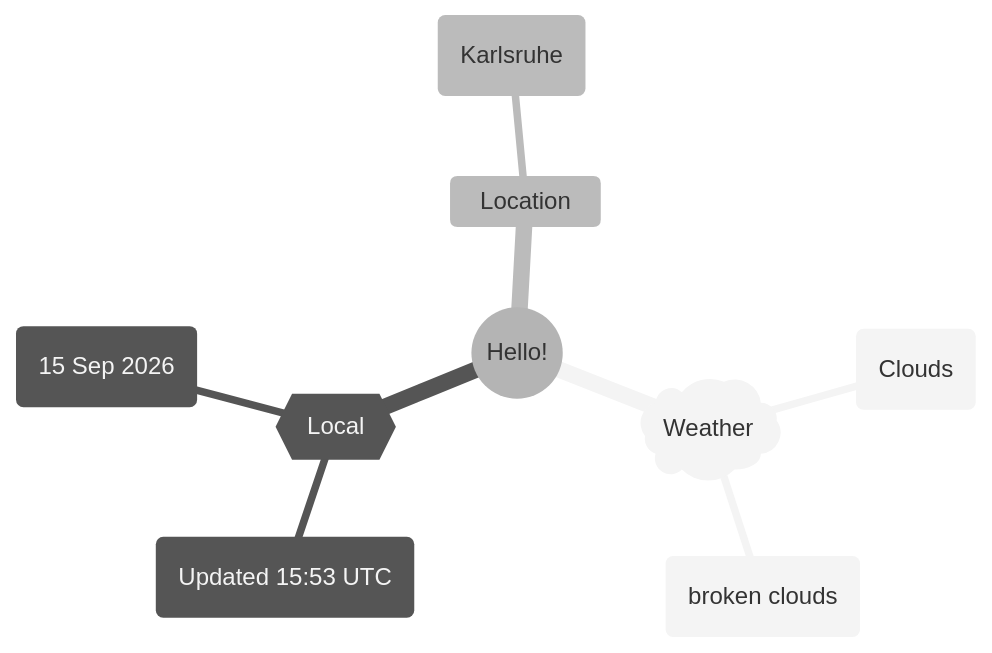
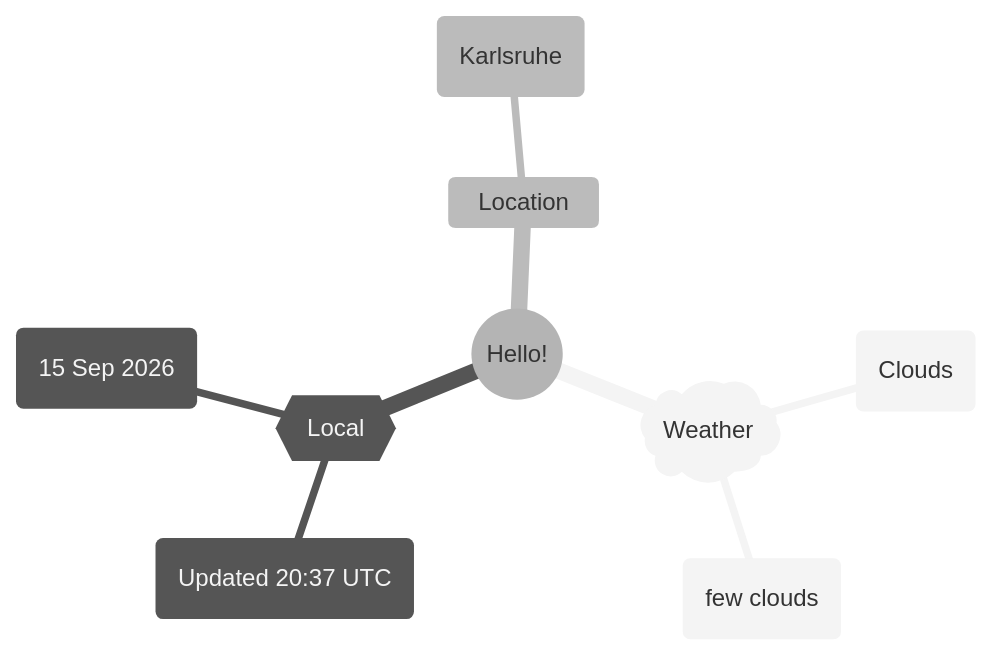
Before and after one commit to Xosrov/Xosrov: the first of 2 diagrams in README.md, drawn with Mermaid (neutral theme).

Commit message:
[bot] updated images

````diff
--- a/README.md
+++ b/README.md
@@ -3,12 +3,12 @@
 ```mermaid
 mindmap
   root((Hello!))
     )Weather(
         (Clouds)
-        (broken clouds)
+        (few clouds)
     {{Local}}
-        (Updated 15:53 UTC)
+        (Updated 20:37 UTC)
         (15 Sep 2026)
     Location
         (Karlsruhe)
 ```
````
